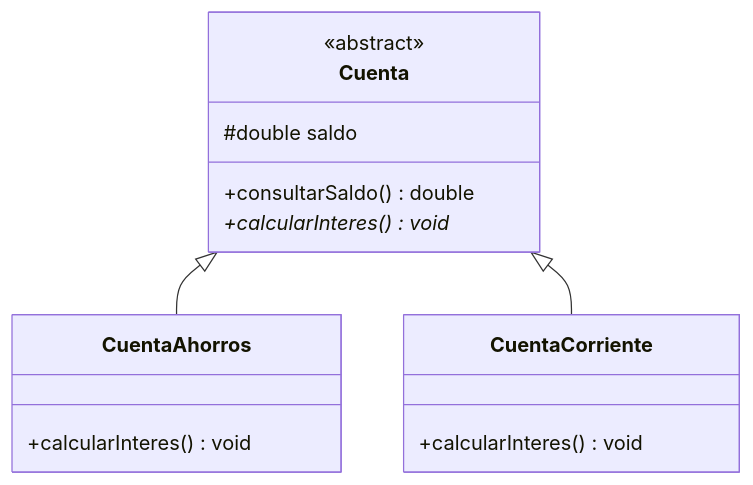
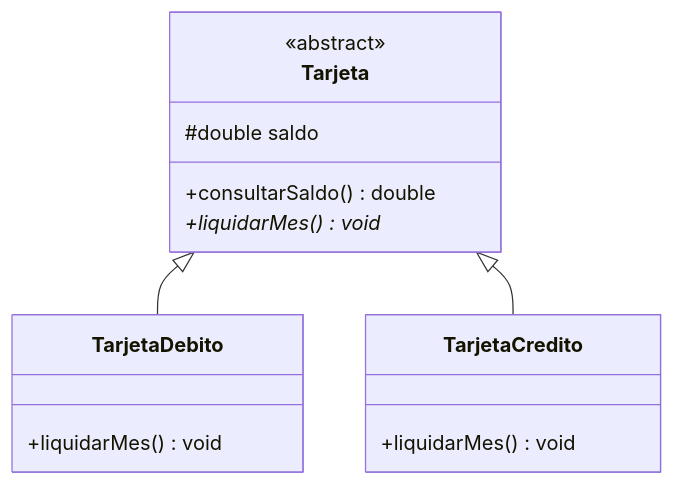
One commit to santiagoSuarez219/nodo-edu changed the second of 3 diagrams in content/cursos/estructuras-de-datos/polimorfismo.mdx. Above: the diagram before and after it, drawn with Mermaid. The commit also changed other lines of this file and 3 other files, not shown here.

````diff
--- a/content/cursos/estructuras-de-datos/polimorfismo.mdx
+++ b/content/cursos/estructuras-de-datos/polimorfismo.mdx
@@ -161,17 +103,17 @@
 ```mermaid
 classDiagram
-  class Cuenta {
+  class Tarjeta {
     <<abstract>>
     #double saldo
     +consultarSaldo() double
-    +calcularInteres()* void
+    +liquidarMes()* void
   }
-  class CuentaAhorros {
-    +calcularInteres() void
+  class TarjetaDebito {
+    +liquidarMes() void
   }
-  class CuentaCorriente {
-    +calcularInteres() void
+  class TarjetaCredito {
+    +liquidarMes() void
   }
-  Cuenta <|-- CuentaAhorros
-  Cuenta <|-- CuentaCorriente
+  Tarjeta <|-- TarjetaDebito
+  Tarjeta <|-- TarjetaCredito
 ```
````
